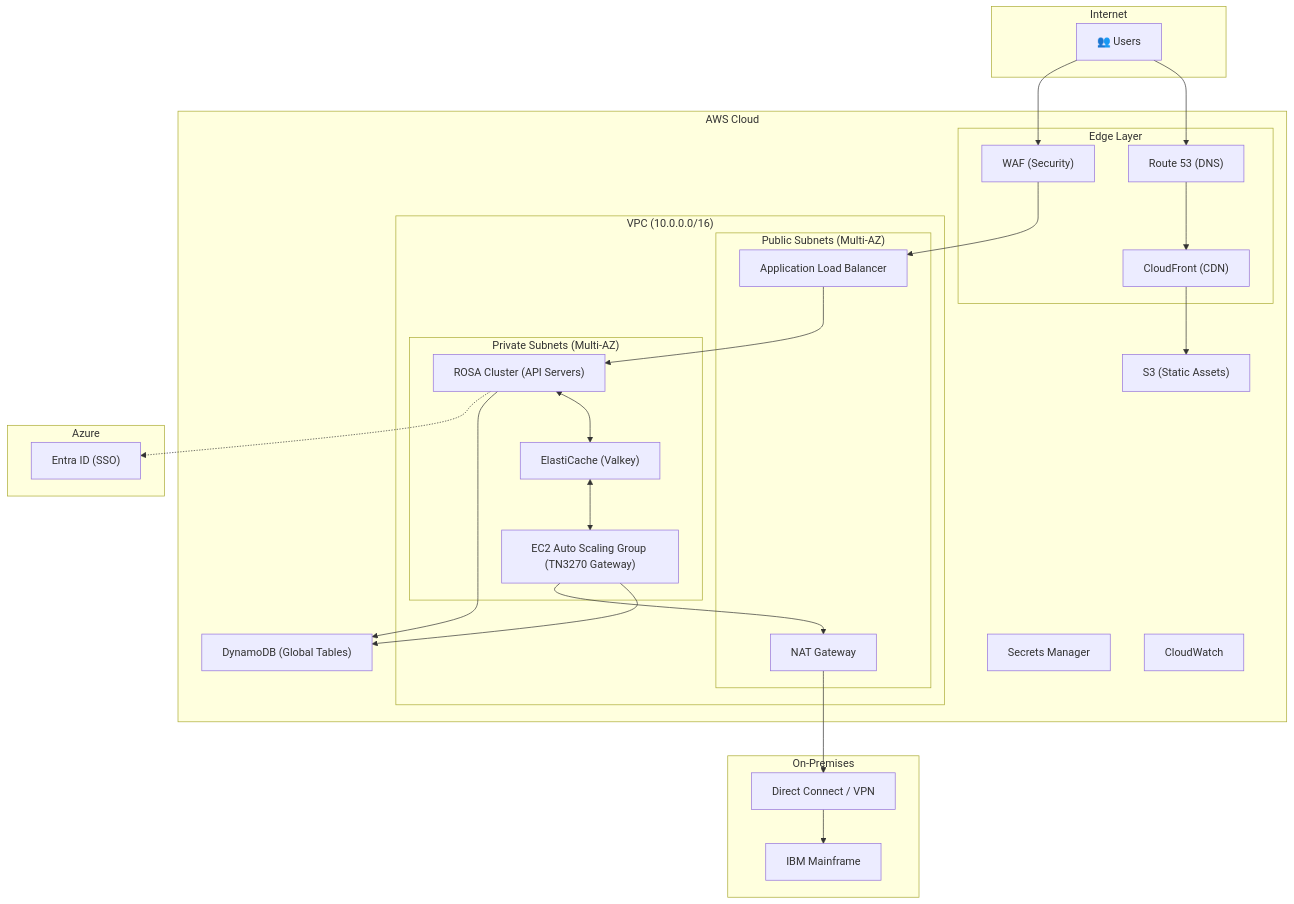
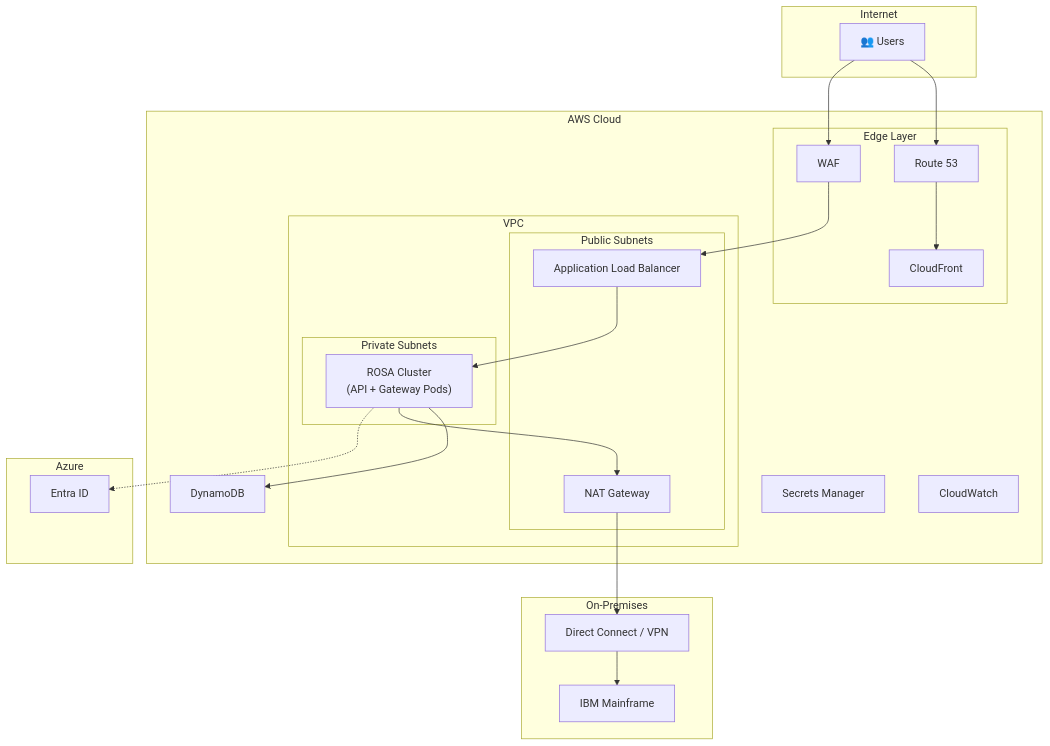
The first of 2 diagrams in docs/AWS_DEPLOYMENT.md (gurungabit/iast), drawn with Mermaid before and after one commit. The commit also changed other lines of this file and 33 other files, not shown here.

````diff
--- a/docs/AWS_DEPLOYMENT.md
+++ b/docs/AWS_DEPLOYMENT.md
@@ -18,48 +7,44 @@
 ```mermaid
 flowchart TB
     subgraph Internet["Internet"]
         Users["👥 Users"]
     end
 
     subgraph AWS["AWS Cloud"]
         subgraph Edge["Edge Layer"]
-            Route53["Route 53 (DNS)"]
-            CloudFront["CloudFront (CDN)"]
-            WAF["WAF (Security)"]
+            Route53["Route 53"]
+            CloudFront["CloudFront"]
+            WAF["WAF"]
         end
 
-        subgraph VPC["VPC (10.0.0.0/16)"]
-            subgraph Public["Public Subnets (Multi-AZ)"]
+        subgraph VPC["VPC"]
+            subgraph Public["Public Subnets"]
                 ALB["Application Load Balancer"]
                 NAT["NAT Gateway"]
             end
 
-            subgraph Private["Private Subnets (Multi-AZ)"]
-                ROSA["ROSA Cluster (API Servers)"]
-                EC2["EC2 Auto Scaling Group (TN3270 Gateway)"]
-                ElastiCache["ElastiCache (Valkey)"]
+            subgraph Private["Private Subnets"]
+                ROSA["ROSA Cluster<br>(API + Gateway Pods)"]
             end
         end
 
-        DynamoDB["DynamoDB (Global Tables)"]
-        S3["S3 (Static Assets)"]
+        DynamoDB["DynamoDB"]
         SecretsManager["Secrets Manager"]
         CloudWatch["CloudWatch"]
     end
 
     subgraph OnPrem["On-Premises"]
         DirectConnect["Direct Connect / VPN"]
         Mainframe["IBM Mainframe"]
     end
 
     subgraph Azure["Azure"]
-        EntraID["Entra ID (SSO)"]
+        EntraID["Entra ID"]
     end
 
-    Users --> Route53 --> CloudFront --> S3
+    Users --> Route53 --> CloudFront
     Users --> WAF --> ALB --> ROSA
-    ROSA <--> ElastiCache <--> EC2
-    ROSA & EC2 --> DynamoDB
-    EC2 --> NAT --> DirectConnect --> Mainframe
+    ROSA --> DynamoDB
+    ROSA --> NAT --> DirectConnect --> Mainframe
     ROSA -.-> EntraID
 ```
````
